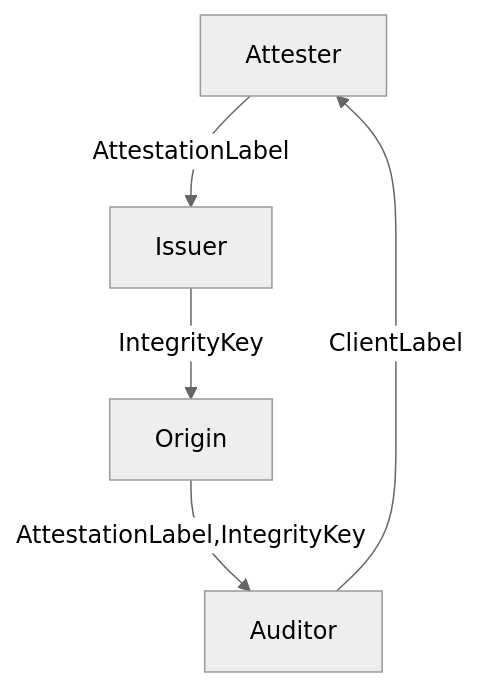
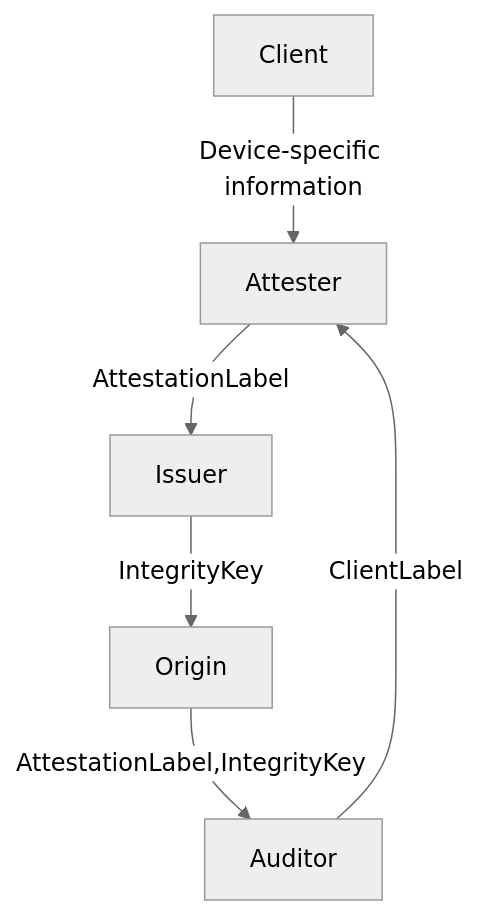
Before and after one commit to cloudflare/pat-go: the diagram in tokens/typeFFFF/README.md, drawn with Mermaid (neutral theme).

Commit message:
Add Client to the loop

````diff
--- a/tokens/typeFFFF/README.md
+++ b/tokens/typeFFFF/README.md
@@ -34,7 +34,8 @@
 ```mermaid
 graph TD;
+    Client-->|Device-specific information|Attester;
     Attester-->|AttestationLabel|Issuer;
     Issuer-->|IntegrityKey|Origin;
     Origin-->|AttestationLabel,IntegrityKey|Auditor;
     Auditor-->|ClientLabel|Attester;
 ```
````
